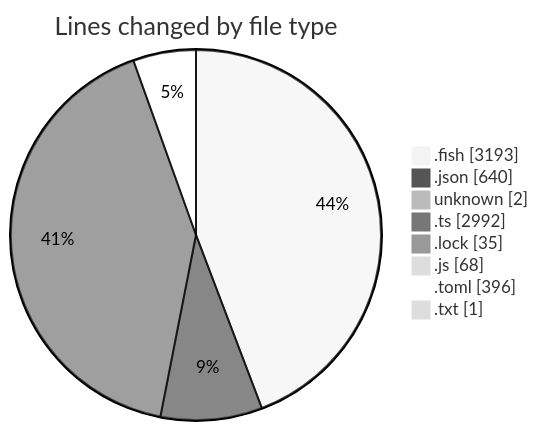
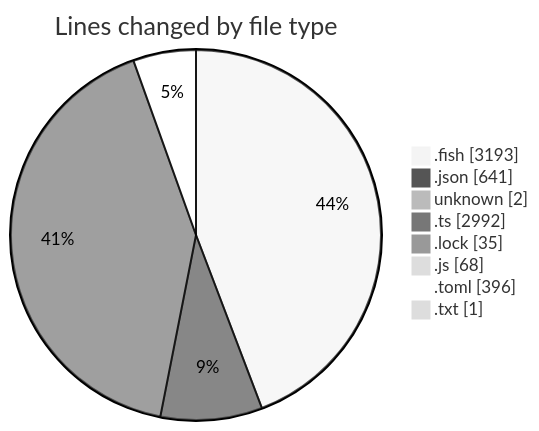
Before and after one commit to EIIisD/code-tracking: the first of 2 diagrams in 2025-07-12/fish/README.md, drawn with Mermaid (neutral theme). The commit also changed other lines of this file and 1 other file, not shown here.

````diff
--- a/2025-07-12/fish/README.md
+++ b/2025-07-12/fish/README.md
@@ -162,12 +162,12 @@
 ```mermaid
 pie showData
 title Lines changed by file type
 ".fish" : 3193
-".json" : 640
+".json" : 641
 "unknown" : 2
 ".ts" : 2992
 ".lock" : 35
 ".js" : 68
 ".toml" : 396
 ".txt" : 1
 ```
````
